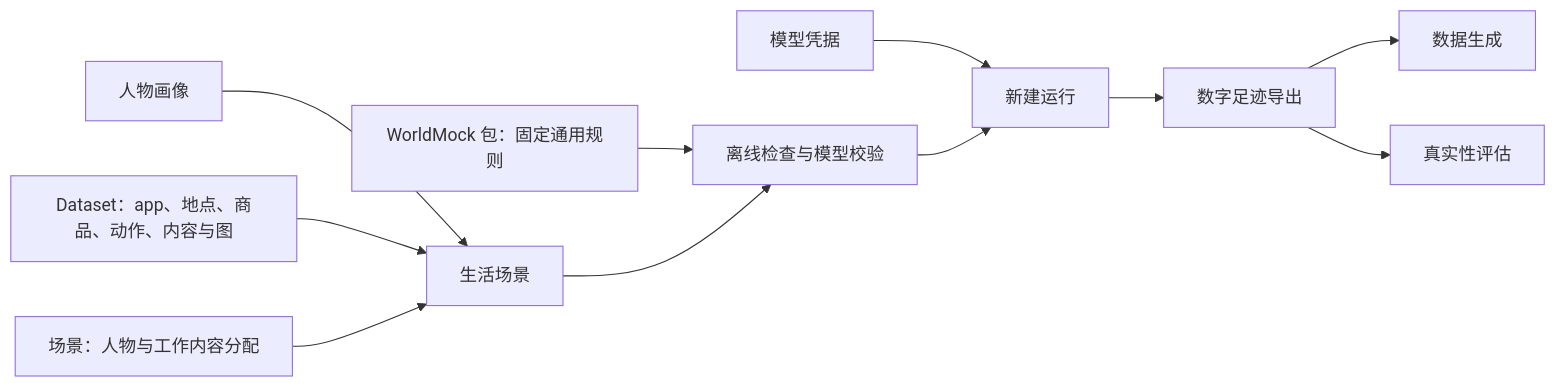
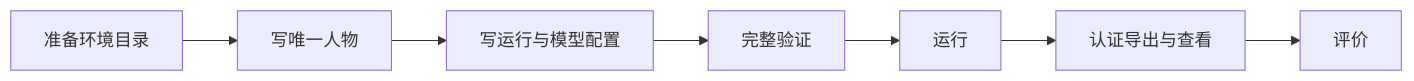
The diagram in docs/manual/README.md (HoldThatThgt/WorldMock), drawn with Mermaid before and after one commit. The commit also changed other lines of this file and 577 other files, not shown here.

````diff
--- a/docs/manual/README.md
+++ b/docs/manual/README.md
@@ -24,13 +8,9 @@
 ```mermaid
 flowchart LR
-    PERSON[人物画像] --> SCENE[生活场景]
-    WORLD[Dataset：app、地点、商品、动作、内容与图] --> SCENE
-    WORK[场景：人物与工作内容分配] --> SCENE
-    PACKAGE[WorldMock 包：固定通用规则] --> CHECK
-    SCENE --> CHECK[离线检查与模型校验]
-    KEY[模型凭据] --> RUN[新建运行]
-    CHECK --> RUN
-    RUN --> EXPORT[数字足迹导出]
-    EXPORT --> DATA[数据生成]
-    EXPORT --> EVAL[真实性评估]
+    Dataset[准备环境目录] --> Persona[写唯一人物]
+    Persona --> Config[写运行与模型配置]
+    Config --> Validate[完整验证]
+    Validate --> Run[运行]
+    Run --> Export[认证导出与查看]
+    Export --> Evaluate[评价]
 ```
````
